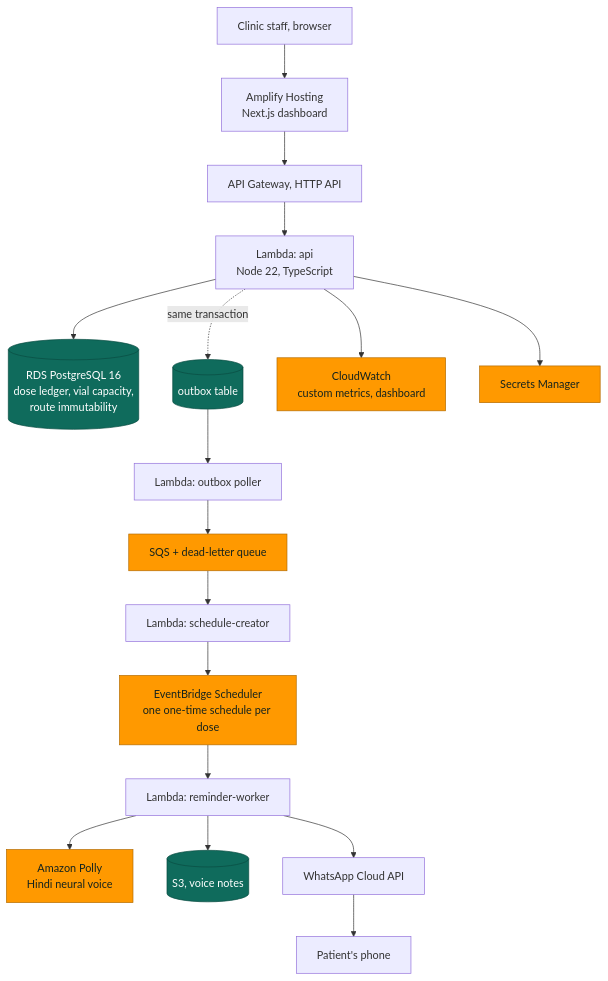
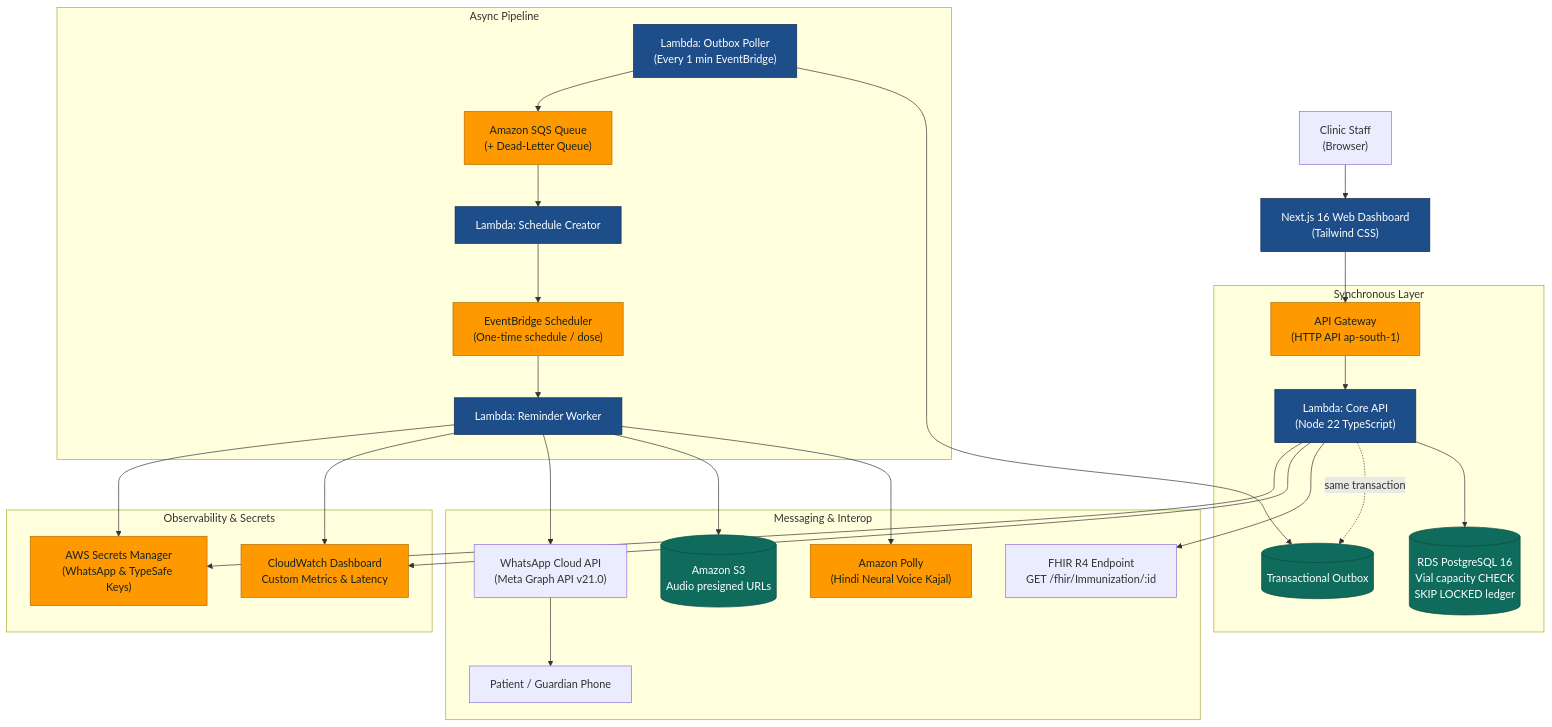
The second of 3 diagrams in README.md (lohitakshcodes/Poora-Teeka), drawn with Mermaid before and after one commit. The commit also changed other lines of this file and 44 other files, not shown here.

Commit message:
feat(backend): complete backend Lambda APIs, CDK infra, and database schema

````diff
--- a/README.md
+++ b/README.md
@@ -131,24 +111,39 @@
 ```mermaid
 flowchart TD
-    U["Clinic staff, browser"] --> AMP["Amplify Hosting<br/>Next.js dashboard"]
-    AMP --> GW["API Gateway, HTTP API"]
-    GW --> API["Lambda: api<br/>Node 22, TypeScript"]
-    API --> DB[("RDS PostgreSQL 16<br/>dose ledger, vial capacity,<br/>route immutability")]
-    API -. "same transaction" .-> OBX[("outbox table")]
-    OBX --> POLL["Lambda: outbox poller"]
-    POLL --> SQS["SQS + dead-letter queue"]
-    SQS --> SC["Lambda: schedule-creator"]
-    SC --> EB["EventBridge Scheduler<br/>one one-time schedule per dose"]
-    EB --> RW["Lambda: reminder-worker"]
-    RW --> POL["Amazon Polly<br/>Hindi neural voice"]
-    RW --> S3[("S3, voice notes")]
-    RW --> WA["WhatsApp Cloud API"]
-    WA --> PT["Patient's phone"]
-    API --> CW["CloudWatch<br/>custom metrics, dashboard"]
-    API --> SM["Secrets Manager"]
+    U["Clinic Staff<br/>(Browser)"] --> WEB["Next.js 16 Web Dashboard<br/>(Tailwind CSS)"]
+    WEB --> GW["API Gateway<br/>(HTTP API ap-south-1)"]
+    
+    subgraph Synchronous Layer
+      GW --> API["Lambda: Core API<br/>(Node 22 TypeScript)"]
+      API --> DB[("RDS PostgreSQL 16<br/>Vial capacity CHECK<br/>SKIP LOCKED ledger")]
+      API -. "same transaction" .-> OBX[("Transactional Outbox")]
+    end
+
+    subgraph Async Pipeline
+      POLL["Lambda: Outbox Poller<br/>(Every 1 min EventBridge)"] --> OBX
+      POLL --> SQS["Amazon SQS Queue<br/>(+ Dead-Letter Queue)"]
+      SQS --> SC["Lambda: Schedule Creator"]
+      SC --> EB["EventBridge Scheduler<br/>(One-time schedule / dose)"]
+      EB --> RW["Lambda: Reminder Worker"]
+    end
+
+    subgraph Messaging & Interop
+      RW --> POL["Amazon Polly<br/>(Hindi Neural Voice Kajal)"]
+      RW --> S3[("Amazon S3<br/>Audio presigned URLs")]
+      RW --> WA["WhatsApp Cloud API<br/>(Meta Graph API v21.0)"]
+      WA --> PT["Patient / Guardian Phone"]
+      API --> FHIR["FHIR R4 Endpoint<br/>GET /fhir/Immunization/:id"]
+    end
+
+    subgraph Observability & Secrets
+      API & RW --> CW["CloudWatch Dashboard<br/>Custom Metrics & Latency"]
+      API & RW --> SM["AWS Secrets Manager<br/>(WhatsApp & TypeSafe Keys)"]
+    end
 
     classDef aws fill:#FF9900,stroke:#B36B00,color:#14231D
     classDef data fill:#0F6B5C,stroke:#0A4C41,color:#FFFFFF
-    class EB,POL,CW,SM,SQS aws
+    classDef comp fill:#1D4E89,stroke:#0E2A4D,color:#FFFFFF
+    class EB,POL,CW,SM,SQS,GW aws
     class DB,OBX,S3 data
+    class WEB,API,POLL,SC,RW comp
 ```
````
